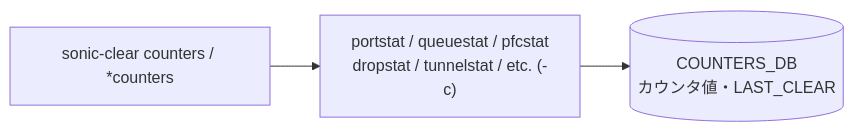
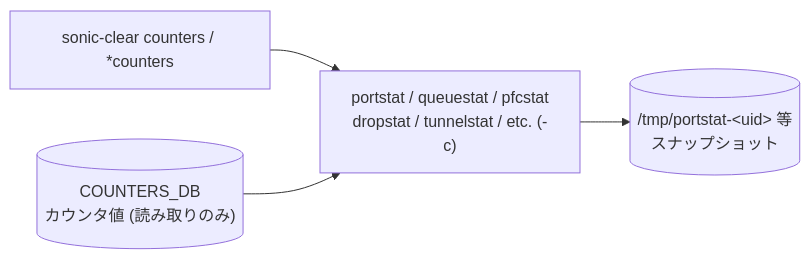
Before and after one commit to aoki-taquan/sonic-unofficial-docs: the diagram in docs/reference/cli/clear-counters.md, drawn with Mermaid. The commit also changed other lines of this file and 17 other files, not shown here.

````diff
--- a/docs/reference/cli/clear-counters.md
+++ b/docs/reference/cli/clear-counters.md
@@ -107,8 +107,10 @@
 ```mermaid
 flowchart LR
   CLI["sonic-clear counters / *counters"]
   UT["portstat / queuestat / pfcstat<br/>dropstat / tunnelstat / etc. (-c)"]
-  CNT[("COUNTERS_DB<br/>カウンタ値・LAST_CLEAR")]
+  CNT[("COUNTERS_DB<br/>カウンタ値 (読み取りのみ)")]
+  SNAP[("/tmp/portstat-&lt;uid&gt; 等<br/>スナップショット")]
   CLI --> UT
-  UT --> CNT
+  CNT --> UT
+  UT --> SNAP
 ```
````
